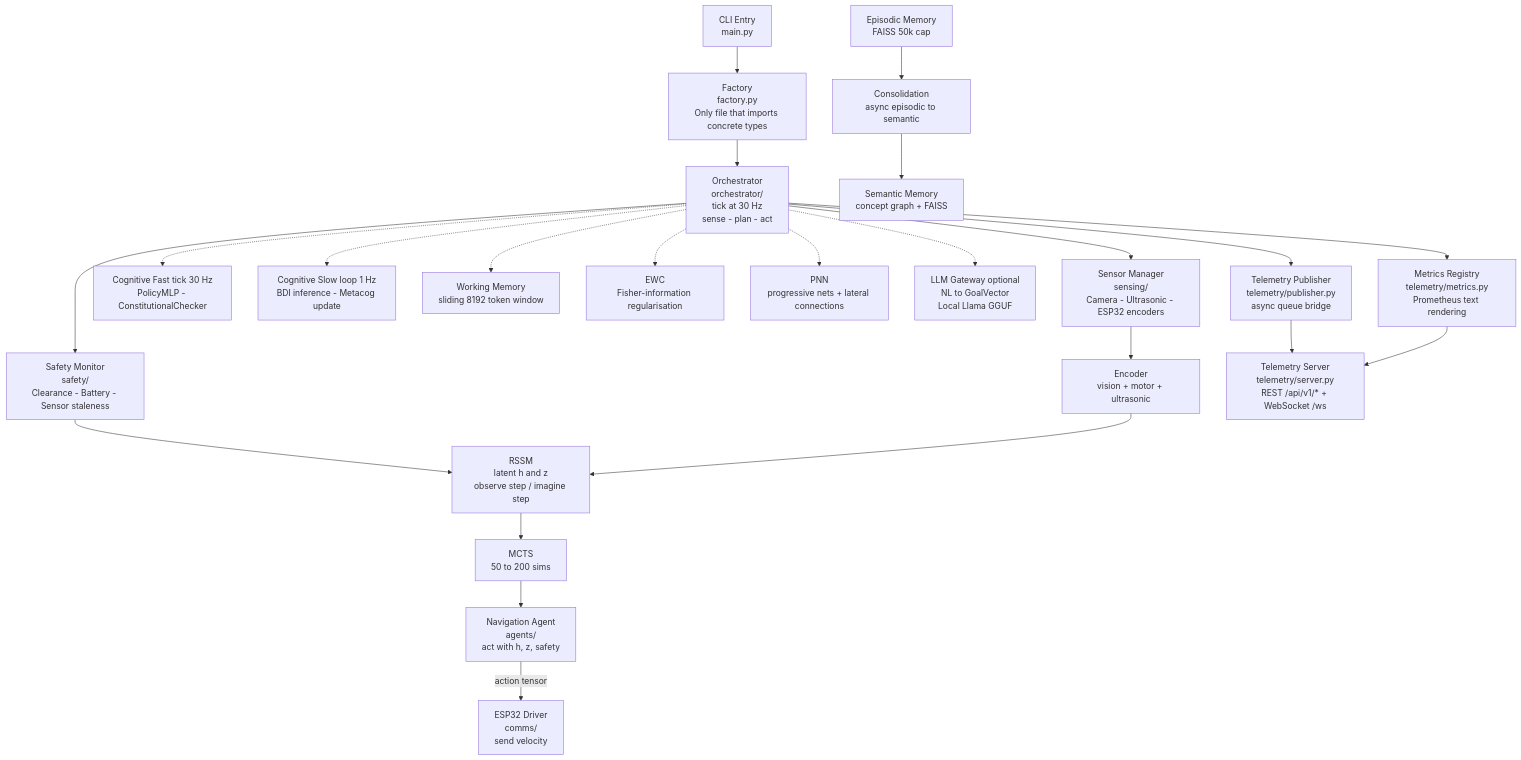
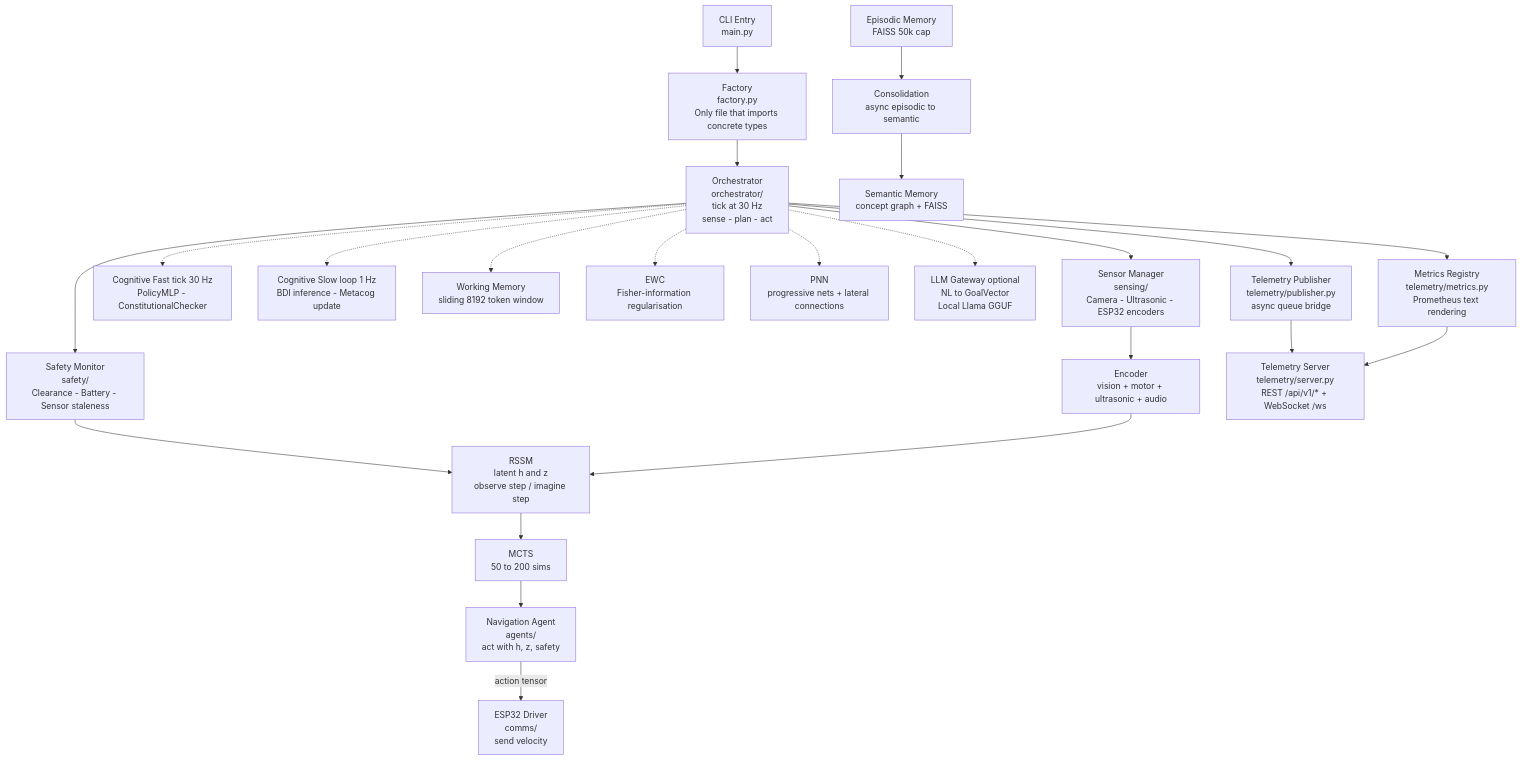
Before and after one commit to ianshank/Mouse-Droid-AGI: the third of 10 diagrams in docs/architecture.md, drawn with Mermaid. The commit also changed other lines of this file and 16 other files, not shown here.

````diff
--- a/docs/architecture.md
+++ b/docs/architecture.md
@@ -97,49 +100,49 @@
 ```mermaid
 graph TD
     CLI["CLI Entry\nmain.py"]
     Factory["Factory\nfactory.py\nOnly file that imports concrete types"]
     Orchestrator["Orchestrator\norchestrator/\ntick at 30 Hz\nsense - plan - act"]
     SensorMgr["Sensor Manager\nsensing/\nCamera - Ultrasonic - ESP32 encoders"]
     SafetyMon["Safety Monitor\nsafety/\nClearance - Battery - Sensor staleness"]
-    Encoder["Encoder\nvision + motor + ultrasonic"]
+    Encoder["Encoder\nvision + motor + ultrasonic + audio"]
     RSSM["RSSM\nlatent h and z\nobserve step / imagine step"]
     MCTS["MCTS\n50 to 200 sims"]
     NavAgent["Navigation Agent\nagents/\nact with h, z, safety"]
     ESP32Driver["ESP32 Driver\ncomms/\nsend velocity"]
     FastTick["Cognitive Fast tick 30 Hz\nPolicyMLP - ConstitutionalChecker"]
     SlowLoop["Cognitive Slow loop 1 Hz\nBDI inference - Metacog update"]
     WorkingMem["Working Memory\nsliding 8192 token window"]
     EpisodicMem["Episodic Memory\nFAISS 50k cap"]
     SemanticMem["Semantic Memory\nconcept graph + FAISS"]
     Consolidation["Consolidation\nasync episodic to semantic"]
     EWC["EWC\nFisher-information regularisation"]
     PNN["PNN\nprogressive nets + lateral connections"]
     LLM["LLM Gateway optional\nNL to GoalVector\nLocal Llama GGUF"]
 
     TelemetryPub2["Telemetry Publisher\ntelemetry/publisher.py\nasync queue bridge"]
     MetricsReg2["Metrics Registry\ntelemetry/metrics.py\nPrometheus text rendering"]
     TelemetryServer2["Telemetry Server\ntelemetry/server.py\nREST /api/v1/* + WebSocket /ws"]
 
     CLI --> Factory
     Factory --> Orchestrator
     Orchestrator --> SensorMgr
     Orchestrator --> SafetyMon
     SensorMgr --> Encoder
     SafetyMon --> RSSM
     Encoder --> RSSM
     RSSM --> MCTS
     MCTS --> NavAgent
     NavAgent -- "action tensor" --> ESP32Driver
     Orchestrator -.-> FastTick
     Orchestrator -.-> SlowLoop
     Orchestrator -.-> WorkingMem
     Orchestrator -.-> LLM
     EpisodicMem --> Consolidation
     Consolidation --> SemanticMem
     Orchestrator -.-> EWC
     Orchestrator -.-> PNN
     Orchestrator --> TelemetryPub2
     Orchestrator --> MetricsReg2
     TelemetryPub2 --> TelemetryServer2
     MetricsReg2 --> TelemetryServer2
 ```
````
